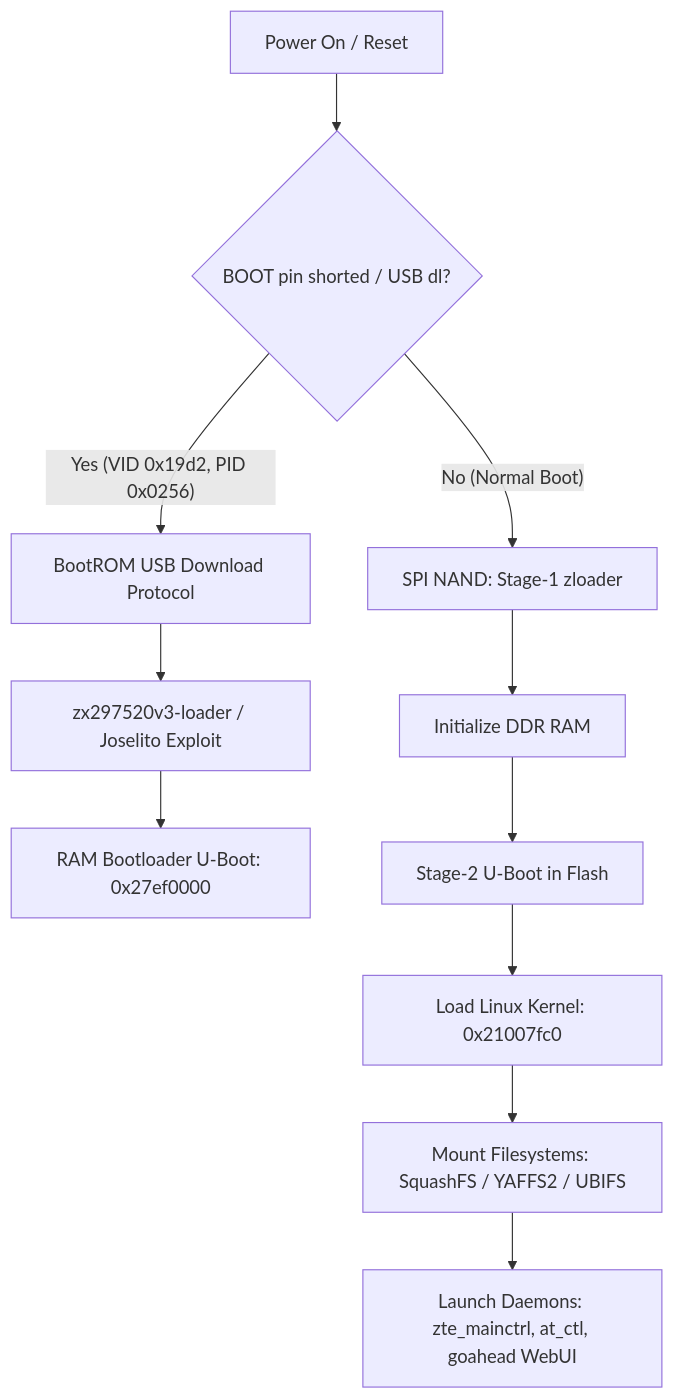
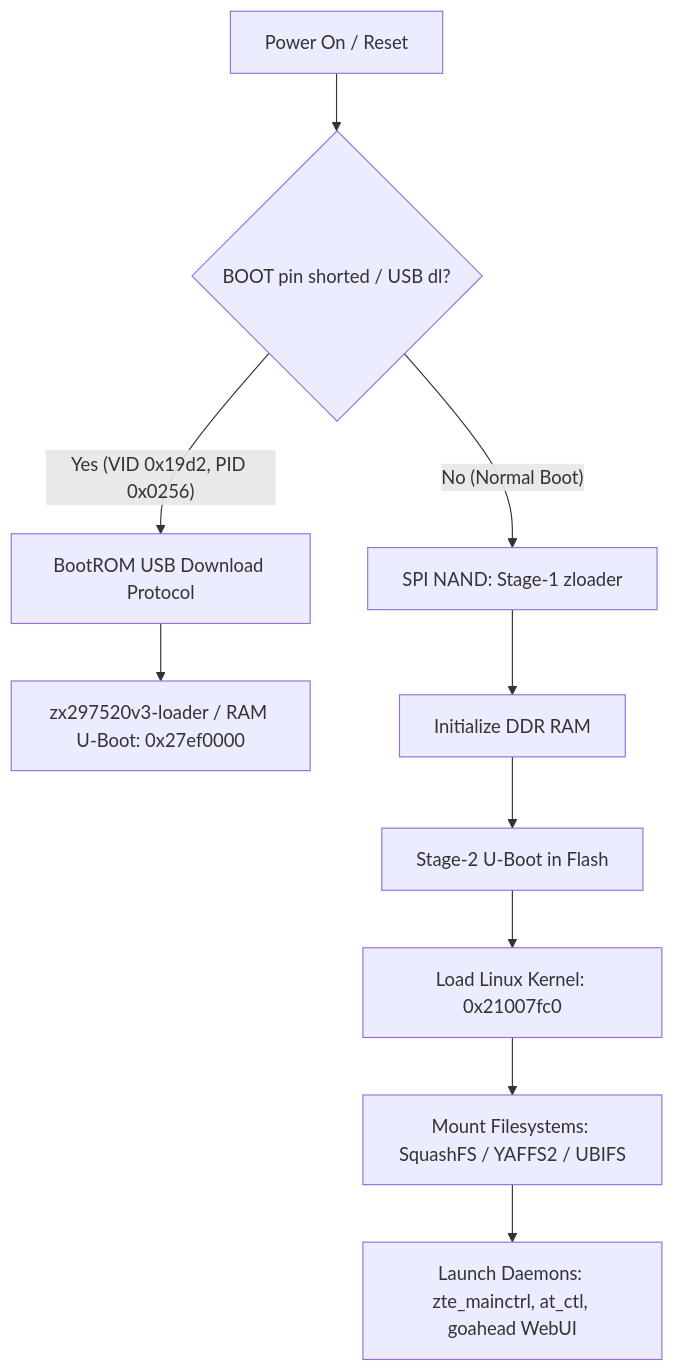
The diagram in docs/zte_k12_platform_architecture.md (miwaniza/zte-k12-rotator), drawn with Mermaid before and after one commit. The commit also changed other lines of this file and 33 other files, not shown here.

````diff
--- a/docs/zte_k12_platform_architecture.md
+++ b/docs/zte_k12_platform_architecture.md
@@ -41,14 +40,13 @@
 ```mermaid
 flowchart TD
     A[Power On / Reset] --> B{BOOT pin shorted / USB dl?}
     B -- Yes (VID 0x19d2, PID 0x0256) --> C[BootROM USB Download Protocol]
-    C --> D[zx297520v3-loader / Joselito Exploit]
-    D --> E[RAM Bootloader U-Boot: 0x27ef0000]
+    C --> D[zx297520v3-loader / RAM U-Boot: 0x27ef0000]
     
     B -- No (Normal Boot) --> F[SPI NAND: Stage-1 zloader]
     F --> G[Initialize DDR RAM]
     G --> H[Stage-2 U-Boot in Flash]
     H --> I[Load Linux Kernel: 0x21007fc0]
     I --> J[Mount Filesystems: SquashFS / YAFFS2 / UBIFS]
     J --> K[Launch Daemons: zte_mainctrl, at_ctl, goahead WebUI]
 ```
````
